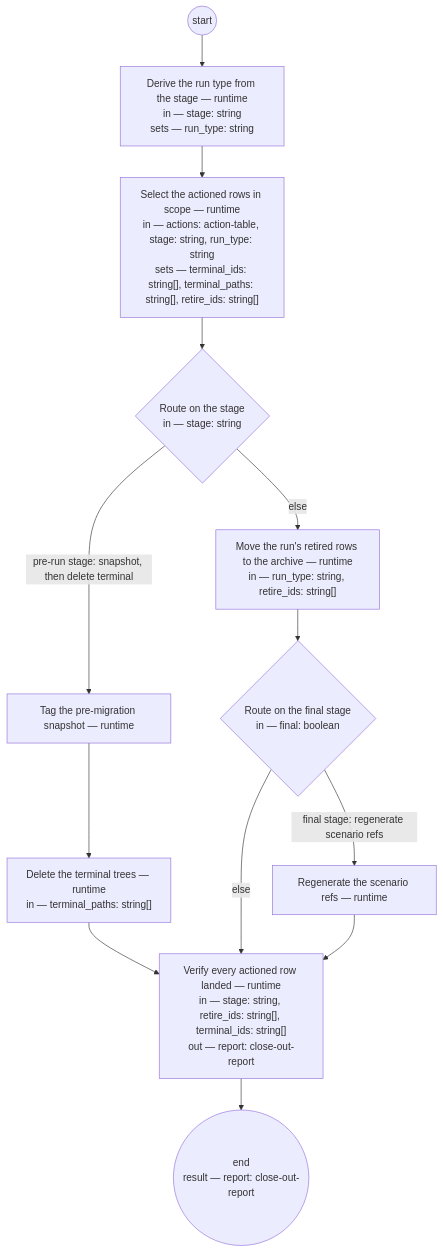
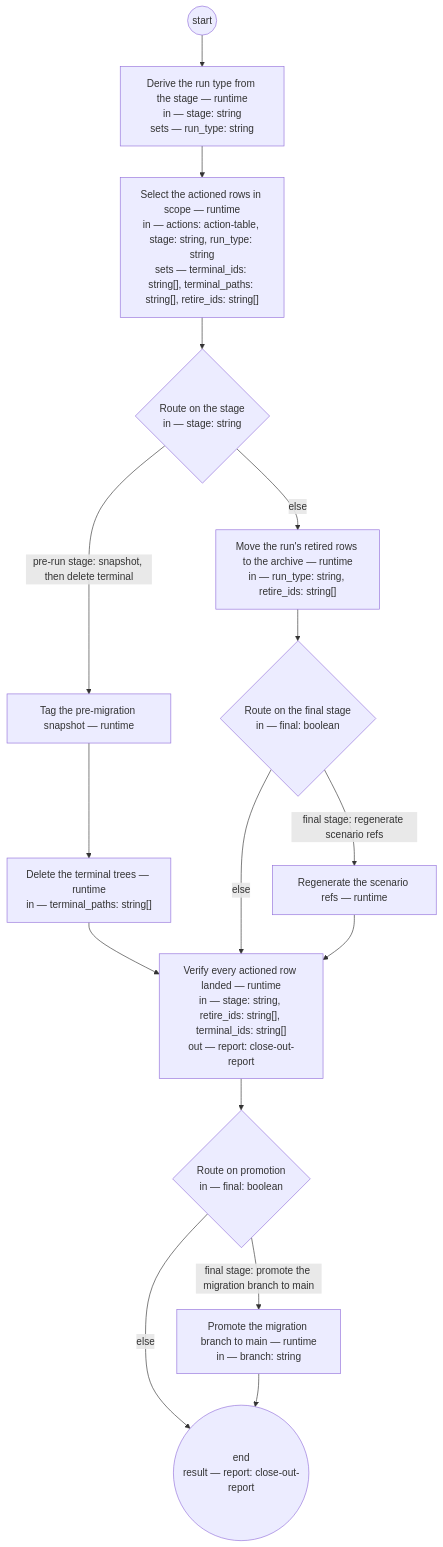
Before and after one commit to dstengle/shopsystem-product: the diagram in basis/processes/corpus-close-out.md, drawn with Mermaid. The commit also changed other lines of this file and 4 other files, not shown here.

````diff
--- a/basis/processes/corpus-close-out.md
+++ b/basis/processes/corpus-close-out.md
@@ -99,25 +124,30 @@
 ```mermaid
 flowchart TD
   derive_run_type["Derive the run type from the stage — runtime<br/>in — stage: string<br/>sets — run_type: string"]
   select_rows["Select the actioned rows in scope — runtime<br/>in — actions: action-table, stage: string, run_type: string<br/>sets — terminal_ids: string[], terminal_paths: string[], retire_ids: string[]"]
   route_stage{"Route on the stage<br/>in — stage: string"}
   snapshot_tag["Tag the pre-migration snapshot — runtime"]
   delete_terminal["Delete the terminal trees — runtime<br/>in — terminal_paths: string[]"]
   archive_retire["Move the run's retired rows to the archive — runtime<br/>in — run_type: string, retire_ids: string[]"]
   route_final{"Route on the final stage<br/>in — final: boolean"}
   regen_scenario_refs["Regenerate the scenario refs — runtime"]
   post_check["Verify every actioned row landed — runtime<br/>in — stage: string, retire_ids: string[], terminal_ids: string[]<br/>out — report: close-out-report"]
+  route_promote{"Route on promotion<br/>in — final: boolean"}
+  promote_branch["Promote the migration branch to main — runtime<br/>in — branch: string"]
   __end(("end<br/>result — report: close-out-report"))
   __start(("start")) --> derive_run_type
   derive_run_type --> select_rows
   select_rows --> route_stage
   route_stage -->|pre-run stage: snapshot, then delete terminal| snapshot_tag
   route_stage -->|else| archive_retire
   snapshot_tag --> delete_terminal
   delete_terminal --> post_check
   archive_retire --> route_final
   route_final -->|final stage: regenerate scenario refs| regen_scenario_refs
   route_final -->|else| post_check
   regen_scenario_refs --> post_check
-  post_check --> __end
+  post_check --> route_promote
+  route_promote -->|final stage: promote the migration branch to main| promote_branch
+  route_promote -->|else| __end
+  promote_branch --> __end
 ```
````
